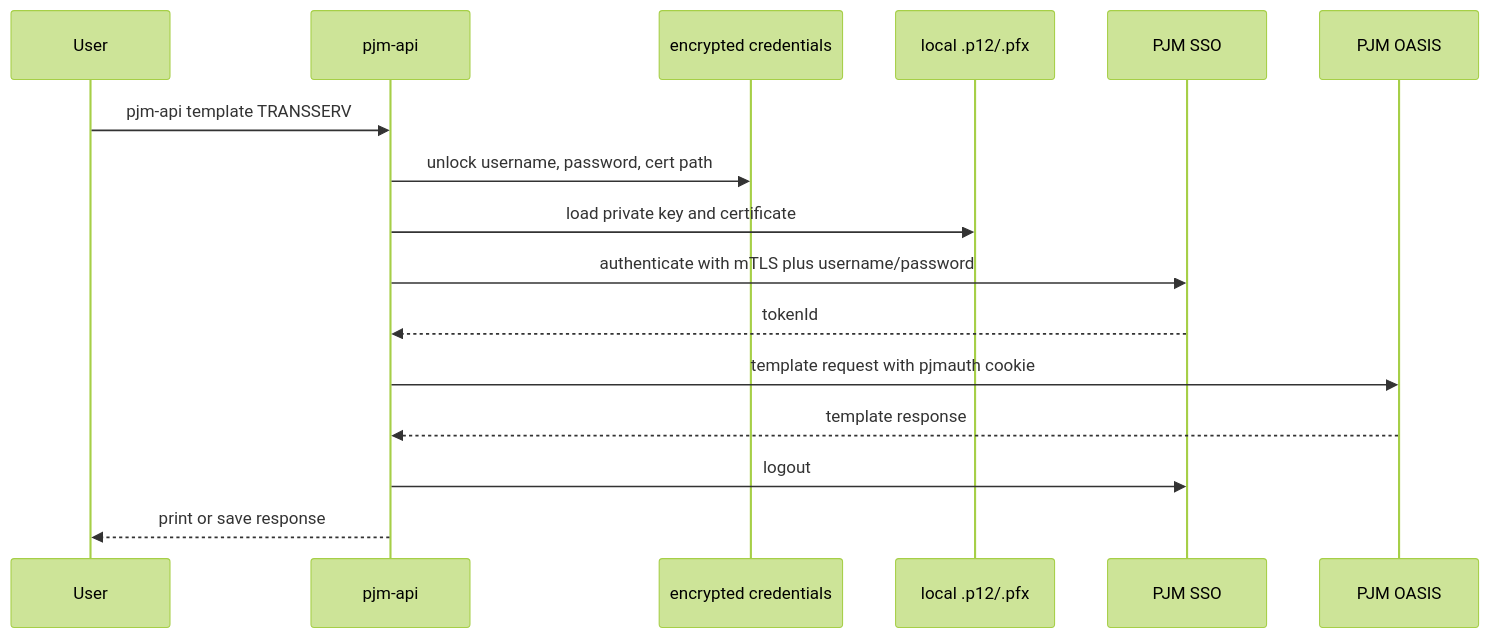
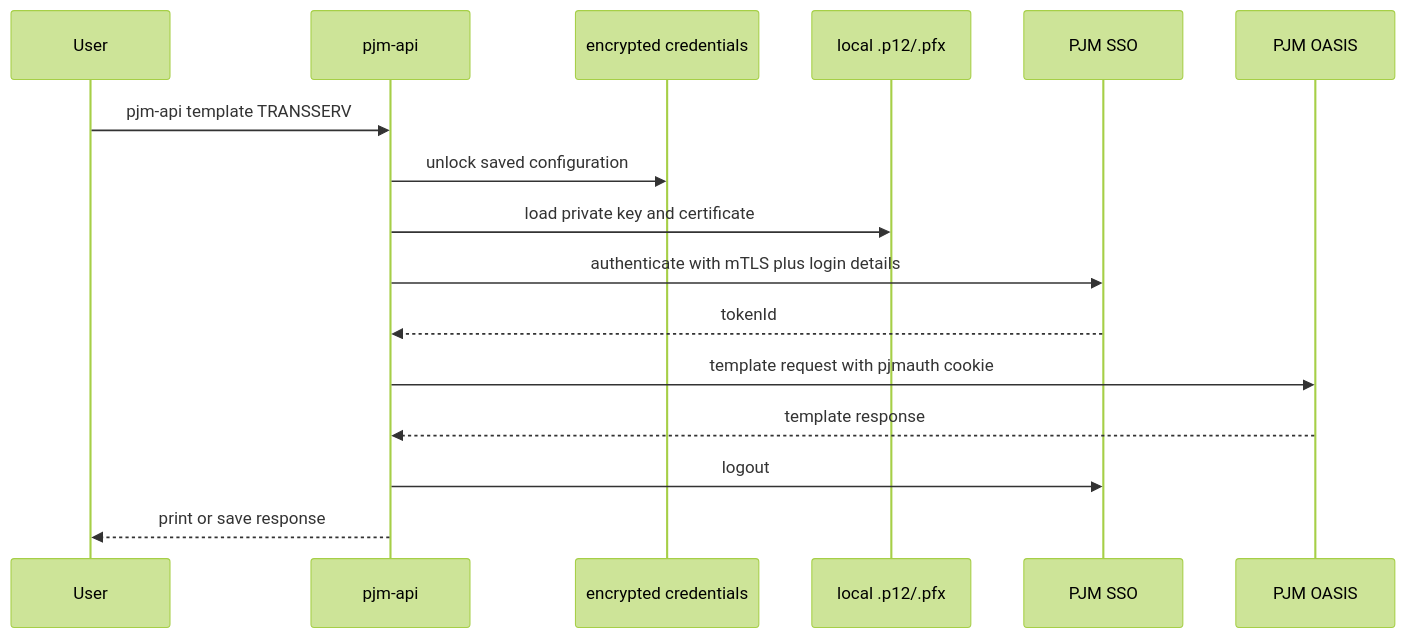
The third of 3 diagrams in README.md (willschenk/pjm-api), drawn with Mermaid (forest theme) before and after one commit. The commit also changed other lines of this file, not shown here.

Commit message:
Rewrite README around setup flow and diagrams

````diff
--- a/README.md
+++ b/README.md
@@ -127,19 +117,19 @@
 ```mermaid
 sequenceDiagram
     participant User
     participant CLI as pjm-api
     participant Store as encrypted credentials
     participant Cert as local .p12/.pfx
     participant SSO as PJM SSO
     participant OASIS as PJM OASIS
 
     User->>CLI: pjm-api template TRANSSERV
-    CLI->>Store: unlock username, password, cert path
+    CLI->>Store: unlock saved configuration
     CLI->>Cert: load private key and certificate
-    CLI->>SSO: authenticate with mTLS plus username/password
+    CLI->>SSO: authenticate with mTLS plus login details
     SSO-->>CLI: tokenId
     CLI->>OASIS: template request with pjmauth cookie
     OASIS-->>CLI: template response
     CLI->>SSO: logout
     CLI-->>User: print or save response
 ```
````
